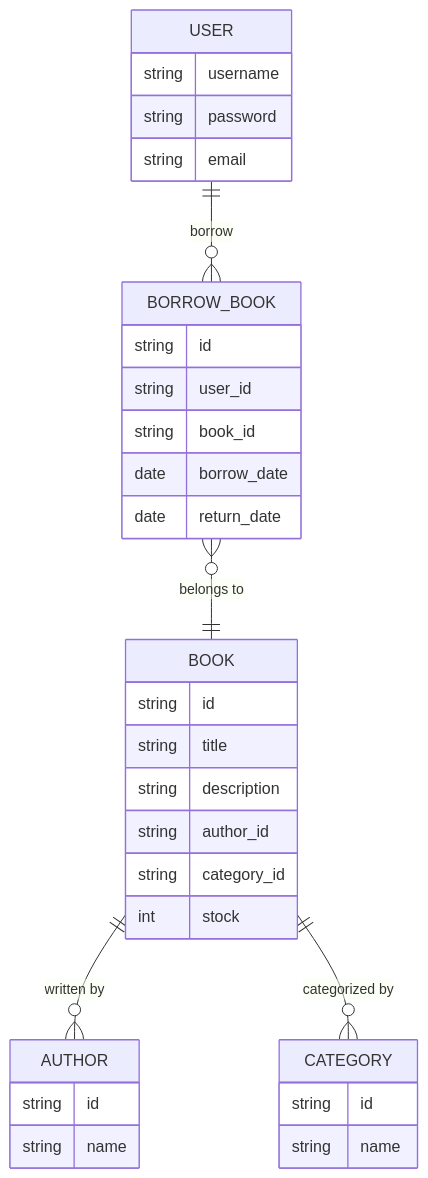
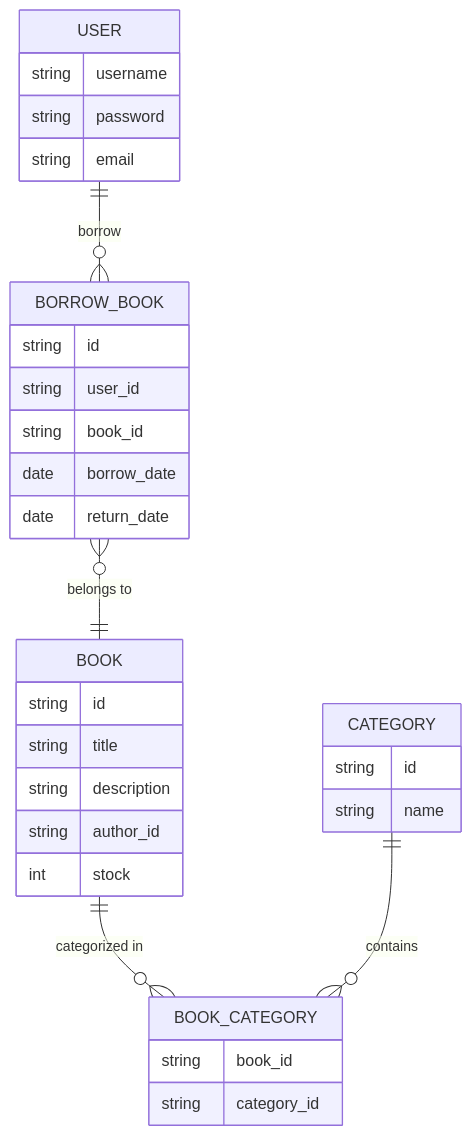
Before and after one commit to adityarizkyramadhan/synapsis-test: the first of 6 diagrams in README.md, drawn with Mermaid.

Commit message:
docs: update Entity Relationship Diagram to correct relationships between BOOK, BOOK_CATEGORY, and CATEGORY

````diff
--- a/README.md
+++ b/README.md
@@ -13,36 +13,35 @@
 ```mermaid
 erDiagram
     USER ||--o{ BORROW_BOOK : "borrow"
     BORROW_BOOK }o--|| BOOK : "belongs to"
-    BOOK ||--o{ AUTHOR : "written by"
-    BOOK ||--o{ CATEGORY : "categorized by"
+    BOOK ||--o{ BOOK_CATEGORY : "categorized in"
+    CATEGORY ||--o{ BOOK_CATEGORY : "contains"
 
     USER {
         string username
         string password
         string email
     }
     BORROW_BOOK {
         string id
         string user_id
         string book_id
         date borrow_date
         date return_date
     }
     BOOK {
         string id
         string title
         string description
         string author_id
-        string category_id
         int stock
     }
-    AUTHOR {
-        string id
-        string name
+    BOOK_CATEGORY {
+        string book_id
+        string category_id
     }
     CATEGORY {
         string id
         string name
     }
 ```
````
